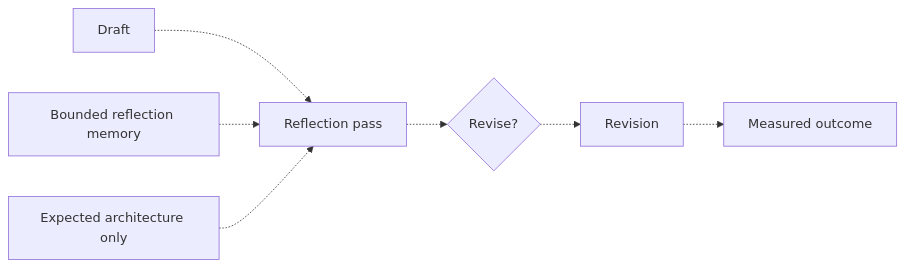
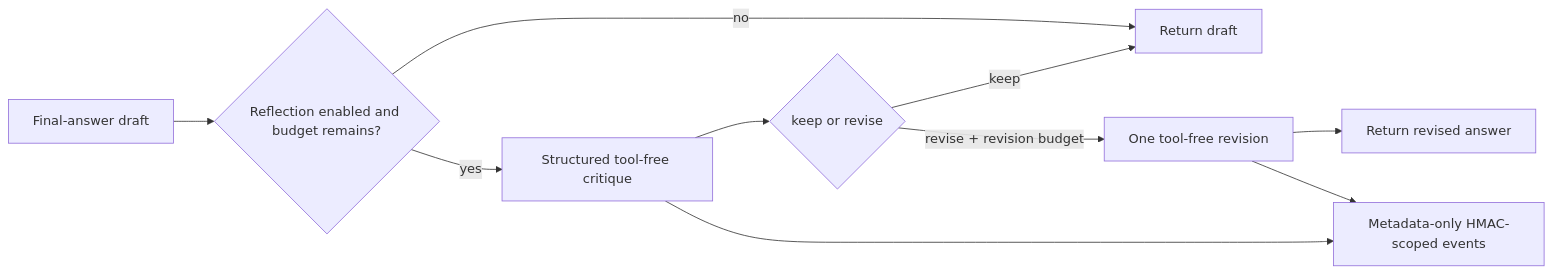
The first of 2 diagrams in docs/course/concepts/generic-self-reflection.md (levalencia/archon), drawn with Mermaid before and after one commit. The commit also changed other lines of this file and 8 other files, not shown here.

Commit message:
docs: close bounded reflection slice

````diff
--- a/docs/course/concepts/generic-self-reflection.md
+++ b/docs/course/concepts/generic-self-reflection.md
@@ -19,9 +17,12 @@
 ```mermaid
 flowchart LR
-    Draft -.-> Critic[Reflection pass]
-    Critic -.-> Decision{Revise?}
-    Decision -.-> Revision
-    Revision -.-> Eval[Measured outcome]
-    ReflectionMemory[Bounded reflection memory] -.-> Critic
-    Note[Expected architecture only] -.-> Critic
+    Draft[Final-answer draft] --> Guard{Reflection enabled and budget remains?}
+    Guard -- no --> Return[Return draft]
+    Guard -- yes --> Critic[Structured tool-free critique]
+    Critic --> Verdict{keep or revise}
+    Verdict -- keep --> Return
+    Verdict -- revise + revision budget --> Revision[One tool-free revision]
+    Revision --> Return2[Return revised answer]
+    Critic --> Events[Metadata-only HMAC-scoped events]
+    Revision --> Events
 ```
````
